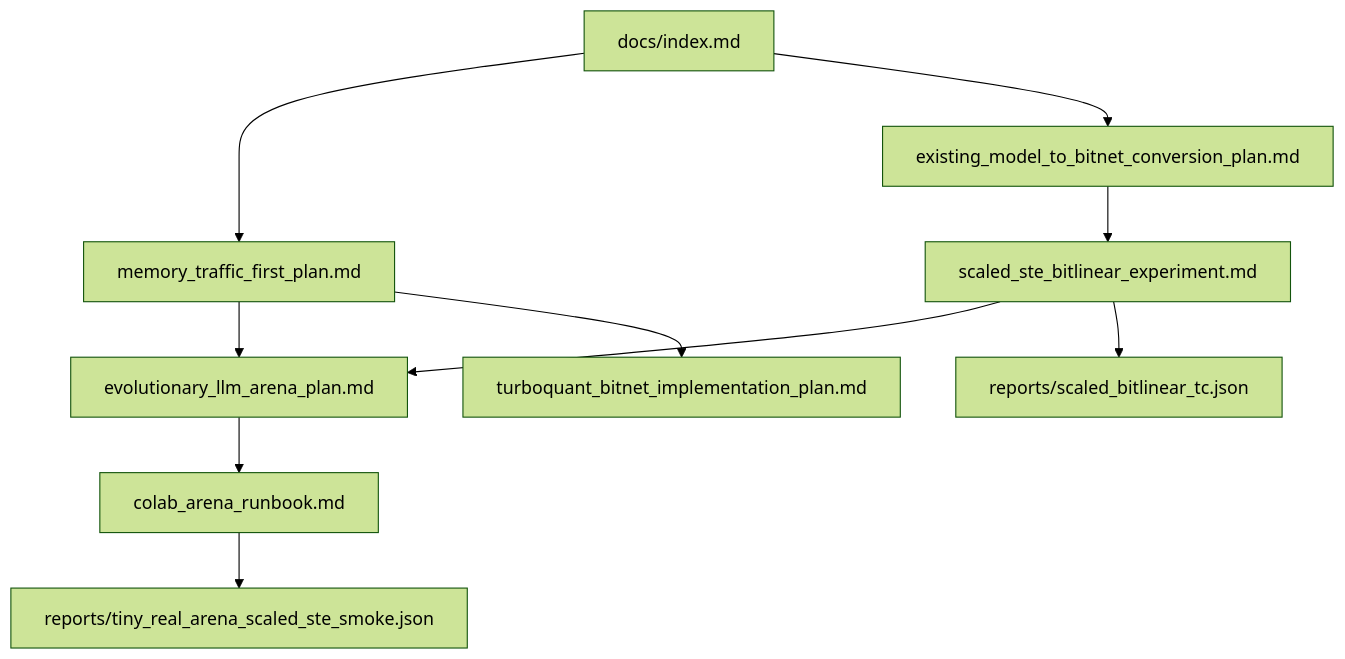
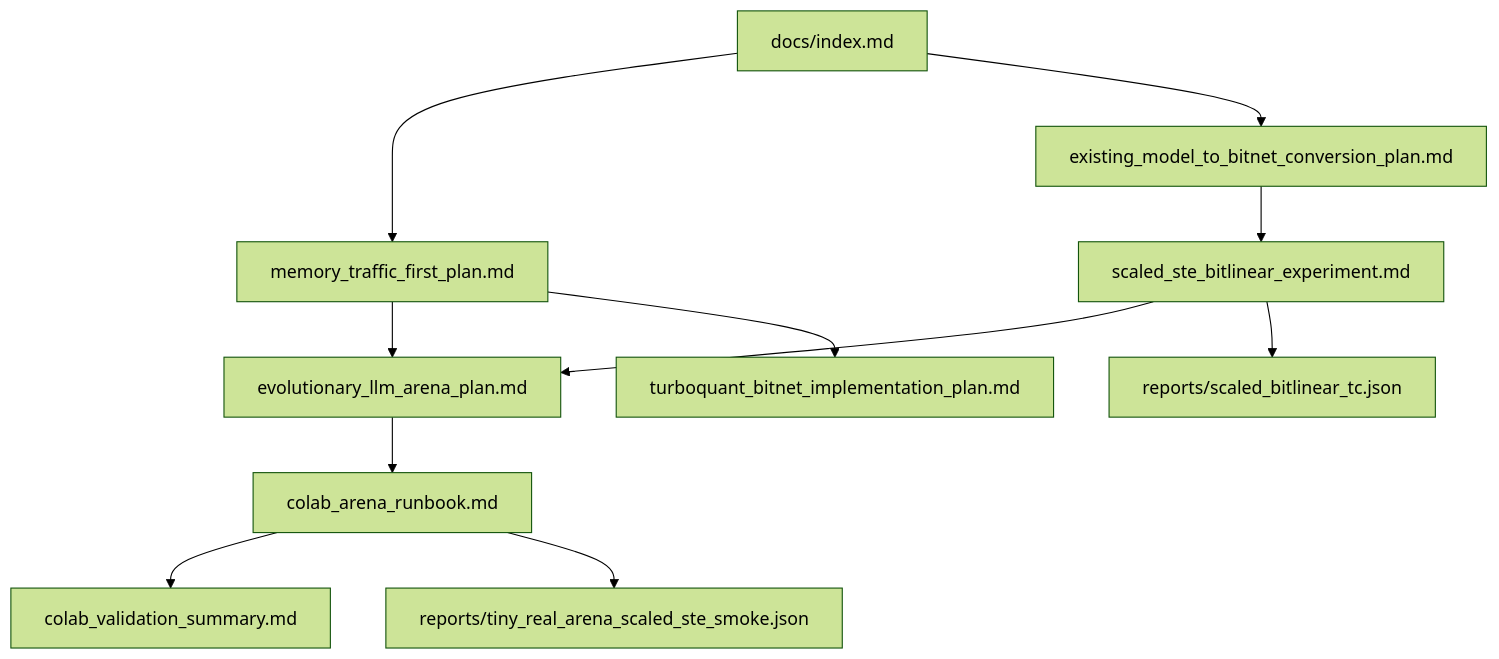
The diagram in docs/index.md (gtpk/BitNet-Transformers), drawn with Mermaid (forest theme) before and after one commit. The commit also changed other lines of this file and 5 other files, not shown here.

Commit message:
Record Colab scaled STE validation

````diff
--- a/docs/index.md
+++ b/docs/index.md
@@ -51,12 +57,13 @@
 ```mermaid
 flowchart TD
   A["docs/index.md"] --> B["memory_traffic_first_plan.md"]
   A --> C["existing_model_to_bitnet_conversion_plan.md"]
   C --> D["scaled_ste_bitlinear_experiment.md"]
   D --> E["evolutionary_llm_arena_plan.md"]
   E --> F["colab_arena_runbook.md"]
+  F --> J["colab_validation_summary.md"]
   B --> E
   B --> G["turboquant_bitnet_implementation_plan.md"]
   F --> H["reports/tiny_real_arena_scaled_ste_smoke.json"]
   D --> I["reports/scaled_bitlinear_tc.json"]
 ```
````
